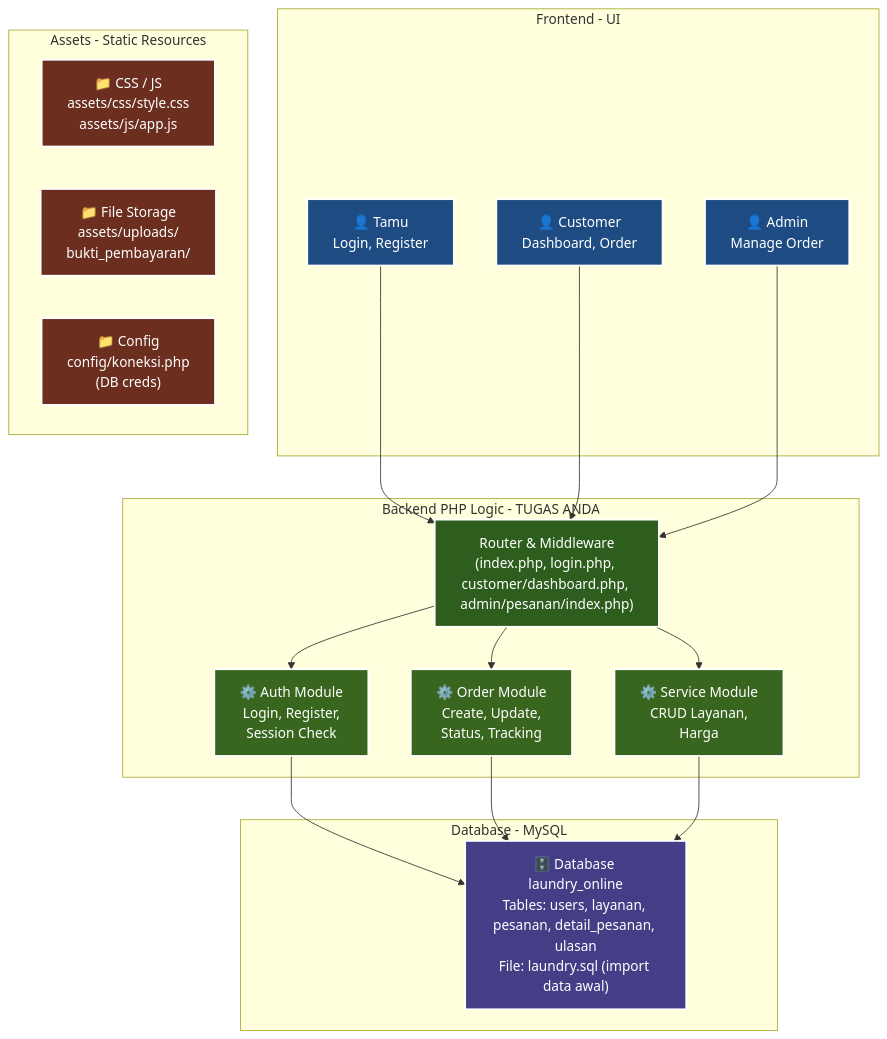
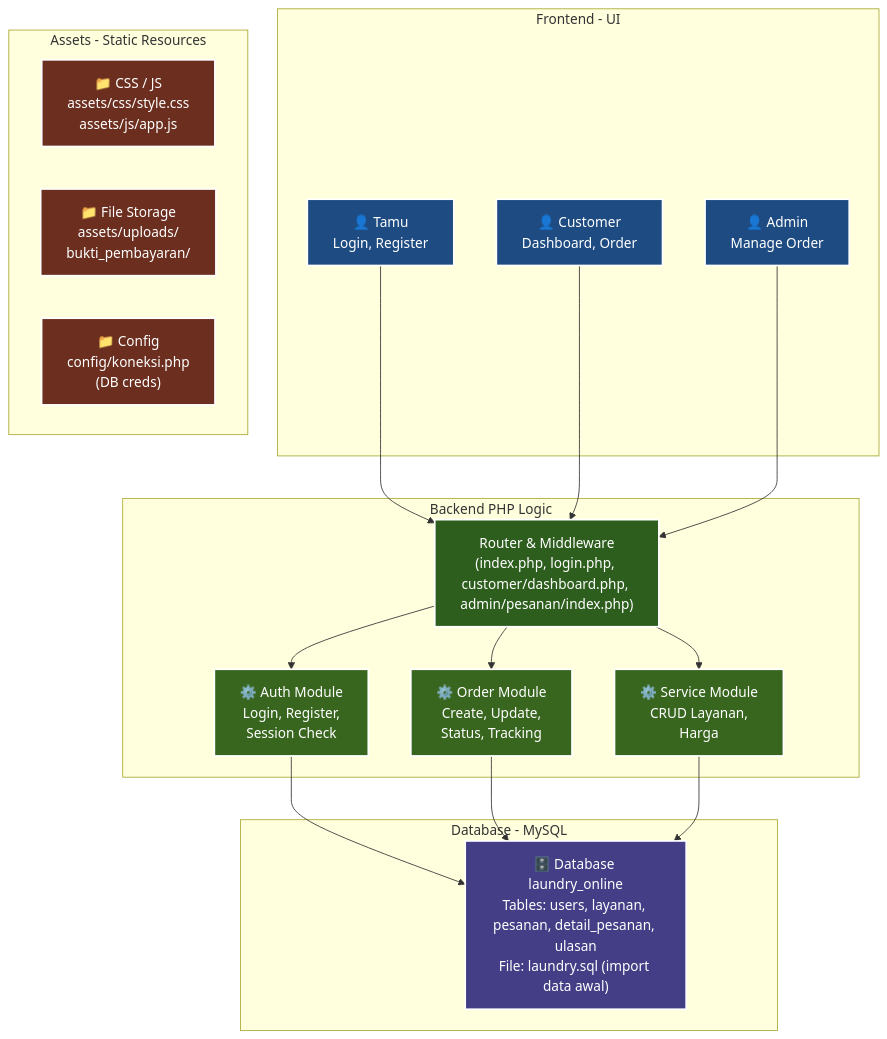
The diagram in README.md (WapaTzy/laundry-online), drawn with Mermaid before and after one commit.

Commit message:
Merubah nama

````diff
--- a/README.md
+++ b/README.md
@@ -18,53 +18,53 @@
 ```mermaid
 
 graph TD
     %% Styling (opsional untuk menyamai warna diagram)
     classDef frontend fill:#1e4c82,stroke:#fff,stroke-width:2px,color:#fff;
     classDef router fill:#2d5e1e,stroke:#fff,stroke-width:2px,color:#fff;
     classDef backend fill:#38661e,stroke:#fff,stroke-width:2px,color:#fff;
     classDef database fill:#433e85,stroke:#fff,stroke-width:2px,color:#fff;
     classDef assets fill:#6b2e1f,stroke:#fff,stroke-width:2px,color:#fff;
 
     %% Subgraph Frontend
     subgraph FrontendLayer [Frontend - UI]
         Tamu["👤 Tamu<br>Login, Register"]:::frontend
         Customer["👤 Customer<br>Dashboard, Order"]:::frontend
         Admin["👤 Admin<br>Manage Order"]:::frontend
     end
 
     %% Subgraph Backend
-    subgraph BackendLayer [Backend PHP Logic - TUGAS ANDA]
+    subgraph BackendLayer [Backend PHP Logic]
         Router["Router & Middleware<br>(index.php, login.php, customer/dashboard.php, admin/pesanan/index.php)"]:::router
         
         Auth["⚙️ Auth Module<br>Login, Register,<br>Session Check"]:::backend
         Order["⚙️ Order Module<br>Create, Update,<br>Status, Tracking"]:::backend
         Service["⚙️ Service Module<br>CRUD Layanan,<br>Harga"]:::backend
     end
 
     %% Subgraph Database
     subgraph DatabaseLayer [Database - MySQL]
         DB["🗄️ Database laundry_online<br>Tables: users, layanan, pesanan, detail_pesanan, ulasan<br>File: laundry.sql (import data awal)"]:::database
     end
 
     %% Subgraph Assets
     subgraph AssetsLayer [Assets - Static Resources]
         direction LR
         CSSJS["📁 CSS / JS<br>assets/css/style.css<br>assets/js/app.js"]:::assets
         Storage["📁 File Storage<br>assets/uploads/<br>bukti_pembayaran/"]:::assets
         Config["📁 Config<br>config/koneksi.php<br>(DB creds)"]:::assets
     end
 
     %% Alur Panah
     Tamu --> Router
     Customer --> Router
     Admin --> Router
 
     Router --> Auth
     Router --> Order
     Router --> Service
 
     Auth --> DB
     Order --> DB
     Service --> DB
 
 ```
````
